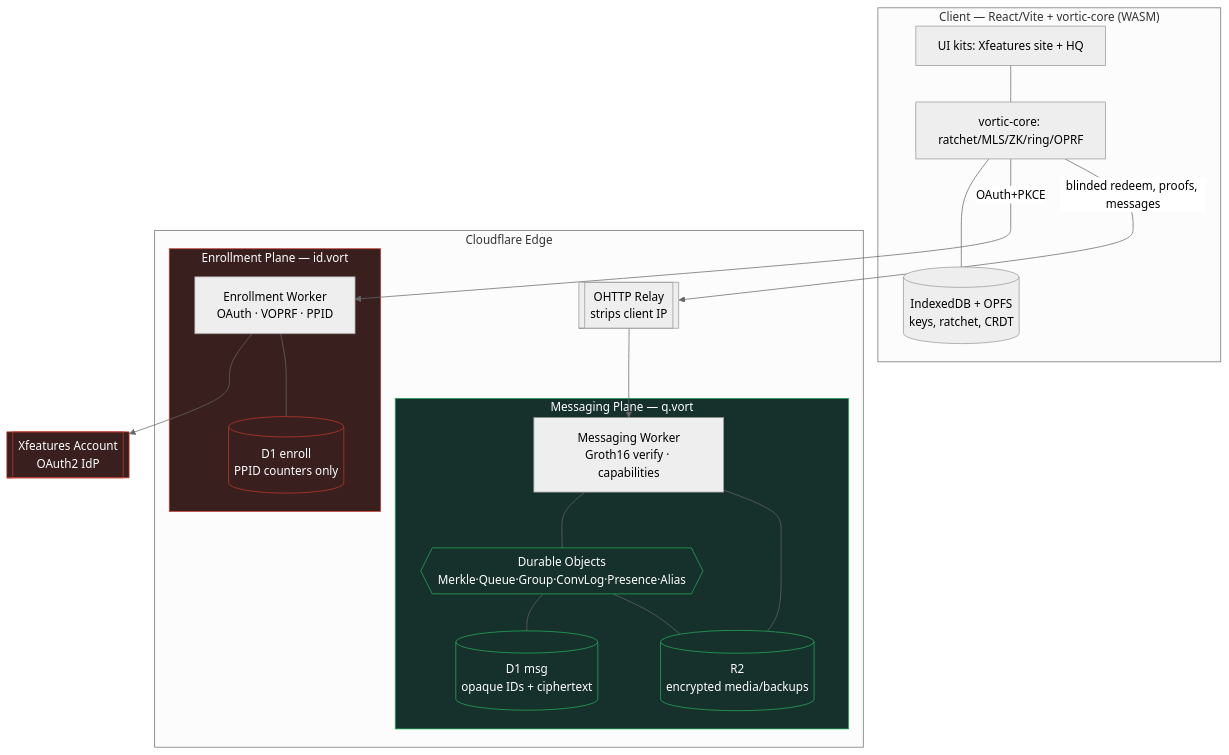
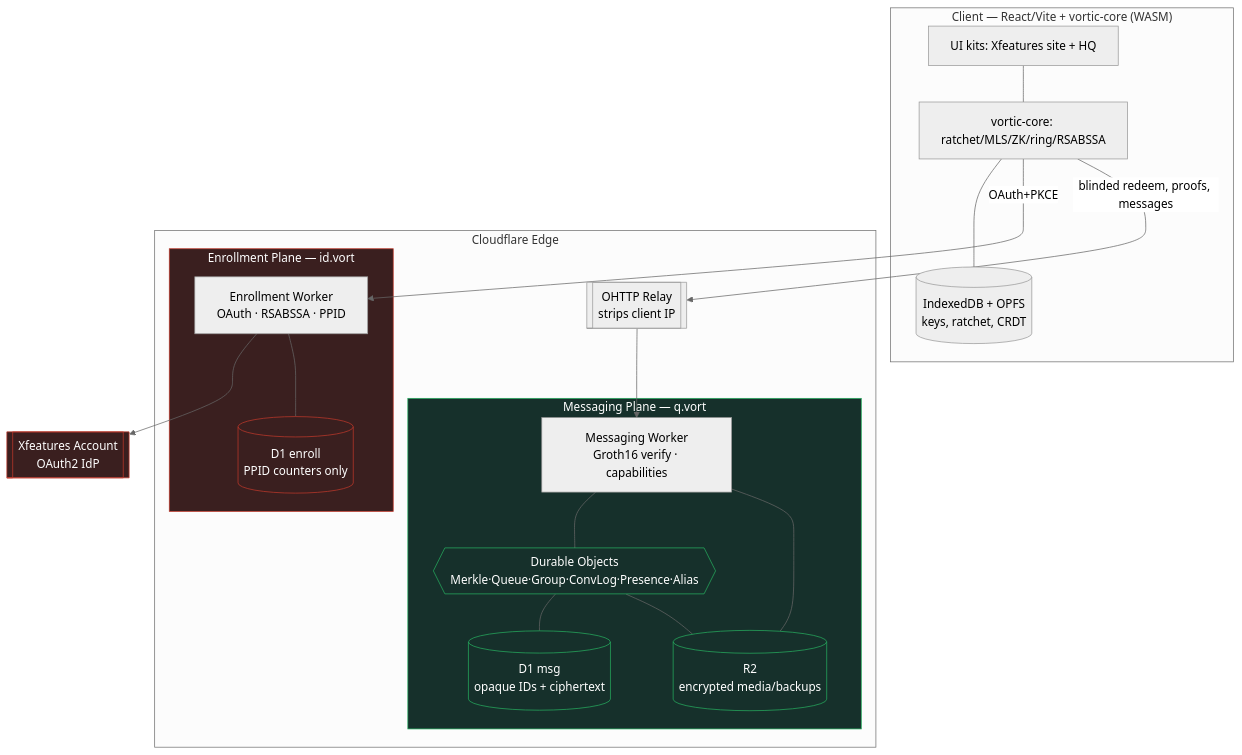
Before and after one commit to XfeaturesGroup/Vorticity: the seventh of 7 diagrams in docs/04-serverless-architecture.md, drawn with Mermaid (neutral theme). The commit also changed other lines of this file and 30 other files, not shown here.

````diff
--- a/docs/04-serverless-architecture.md
+++ b/docs/04-serverless-architecture.md
@@ -201,33 +201,33 @@
 ```mermaid
 flowchart TB
     subgraph Client["Client — React/Vite + vortic-core (WASM)"]
       UI[UI kits: Xfeatures site + HQ]
-      Core[vortic-core: ratchet/MLS/ZK/ring/OPRF]
+      Core[vortic-core: ratchet/MLS/ZK/ring/RSABSSA]
       Store[(IndexedDB + OPFS<br/>keys, ratchet, CRDT)]
     end
     subgraph Edge["Cloudflare Edge"]
       subgraph EP["Enrollment Plane — id.vort"]
-        EW[Enrollment Worker<br/>OAuth · VOPRF · PPID]
+        EW[Enrollment Worker<br/>OAuth · RSABSSA · PPID]
         DE[(D1 enroll<br/>PPID counters only)]
       end
       OH[[OHTTP Relay<br/>strips client IP]]
       subgraph MP["Messaging Plane — q.vort"]
         MW[Messaging Worker<br/>Groth16 verify · capabilities]
         MDO{{Durable Objects<br/>Merkle·Queue·Group·ConvLog·Presence·Alias}}
         DM[(D1 msg<br/>opaque IDs + ciphertext)]
         R2[(R2<br/>encrypted media/backups)]
       end
     end
     IdP[[Xfeatures Account<br/>OAuth2 IdP]]
     UI --- Core --- Store
     Core -->|OAuth+PKCE| EW --> IdP
     EW --- DE
     Core -->|blinded redeem, proofs, messages| OH --> MW
     MW --- MDO --- DM
     MW --- R2
     MDO --- R2
     classDef pii fill:#3a1f1f,stroke:#c0392b,color:#fff;
     classDef anon fill:#16302b,stroke:#27ae60,color:#fff;
     class EP,DE,IdP pii;
     class MP,MDO,DM,R2 anon;
 ```
````
